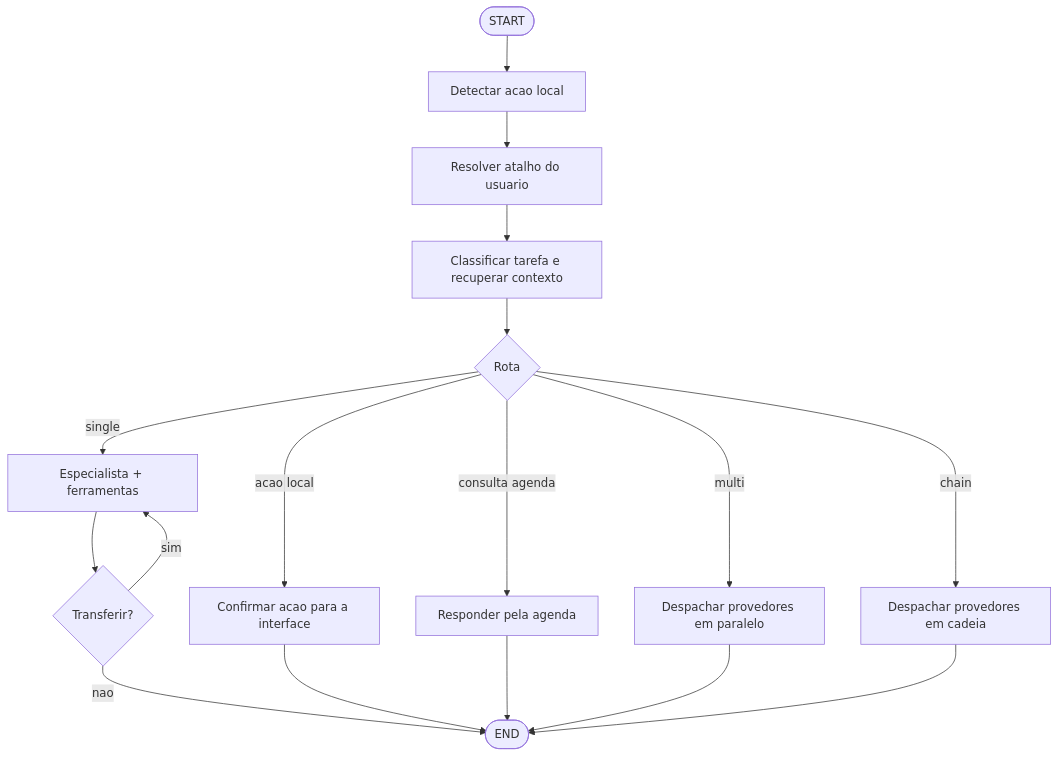
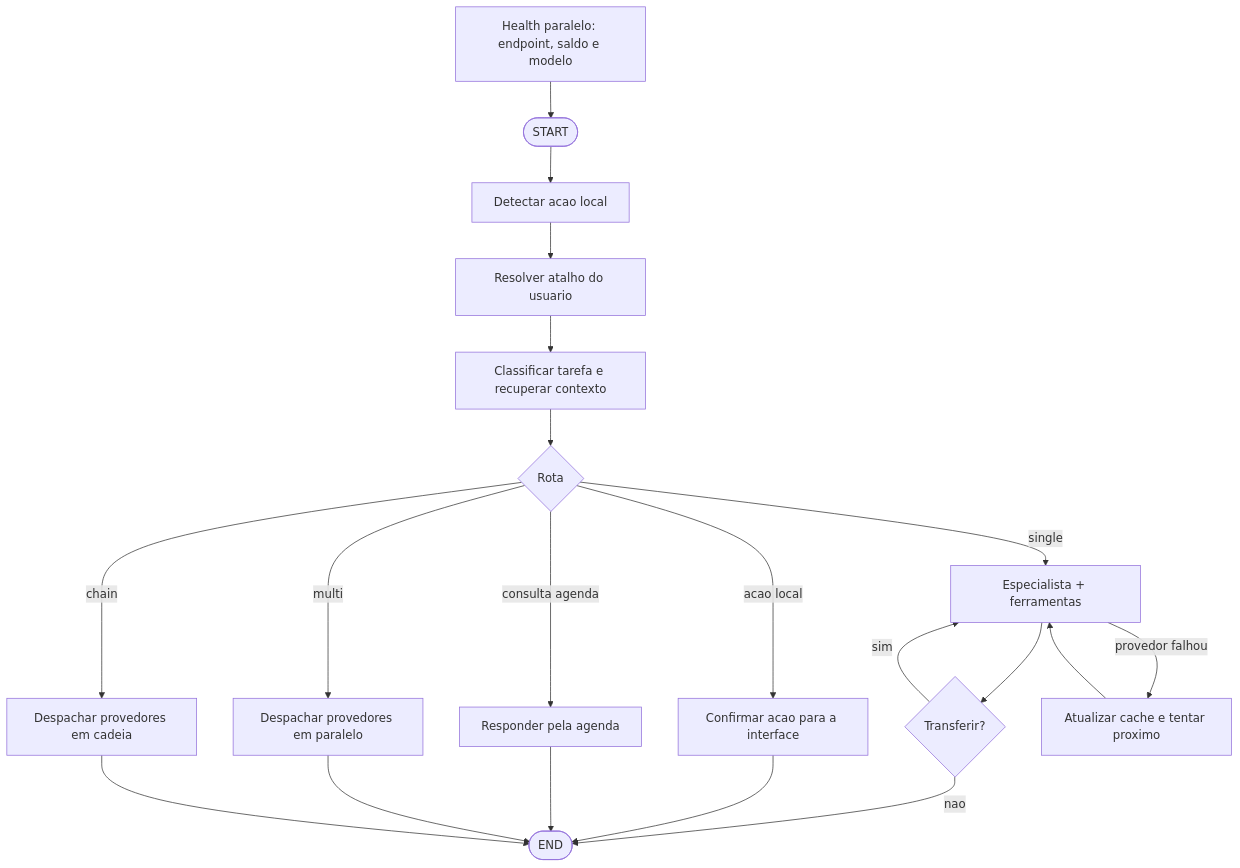
One commit to m4n1nh0/assistant_app changed the fifth of 9 diagrams in README.md. Above: the diagram before and after it, drawn with Mermaid. The commit also changed other lines of this file and 12 other files, not shown here.

````diff
--- a/README.md
+++ b/README.md
@@ -262,19 +262,22 @@
 ```mermaid
 flowchart TD
-    Start([START]) --> Detect[Detectar acao local]
+    Health[Health paralelo: endpoint, saldo e modelo] --> Start([START])
+    Start --> Detect[Detectar acao local]
     Detect --> Shortcut[Resolver atalho do usuario]
     Shortcut --> Ctx[Classificar tarefa e recuperar contexto]
     Ctx --> Route{Rota}
     Route -->|acao local| Ack[Confirmar acao para a interface]
     Route -->|consulta agenda| Cal[Responder pela agenda]
     Route -->|single| Agent[Especialista + ferramentas]
     Route -->|multi| Multi[Despachar provedores em paralelo]
     Route -->|chain| Chain[Despachar provedores em cadeia]
     Agent --> Handoff{Transferir?}
+    Agent -->|provedor falhou| Fallback[Atualizar cache e tentar proximo]
+    Fallback --> Agent
     Handoff -->|sim| Agent
     Handoff -->|nao| End([END])
     Ack --> End
     Cal --> End
     Multi --> End
     Chain --> End
 ```
````
